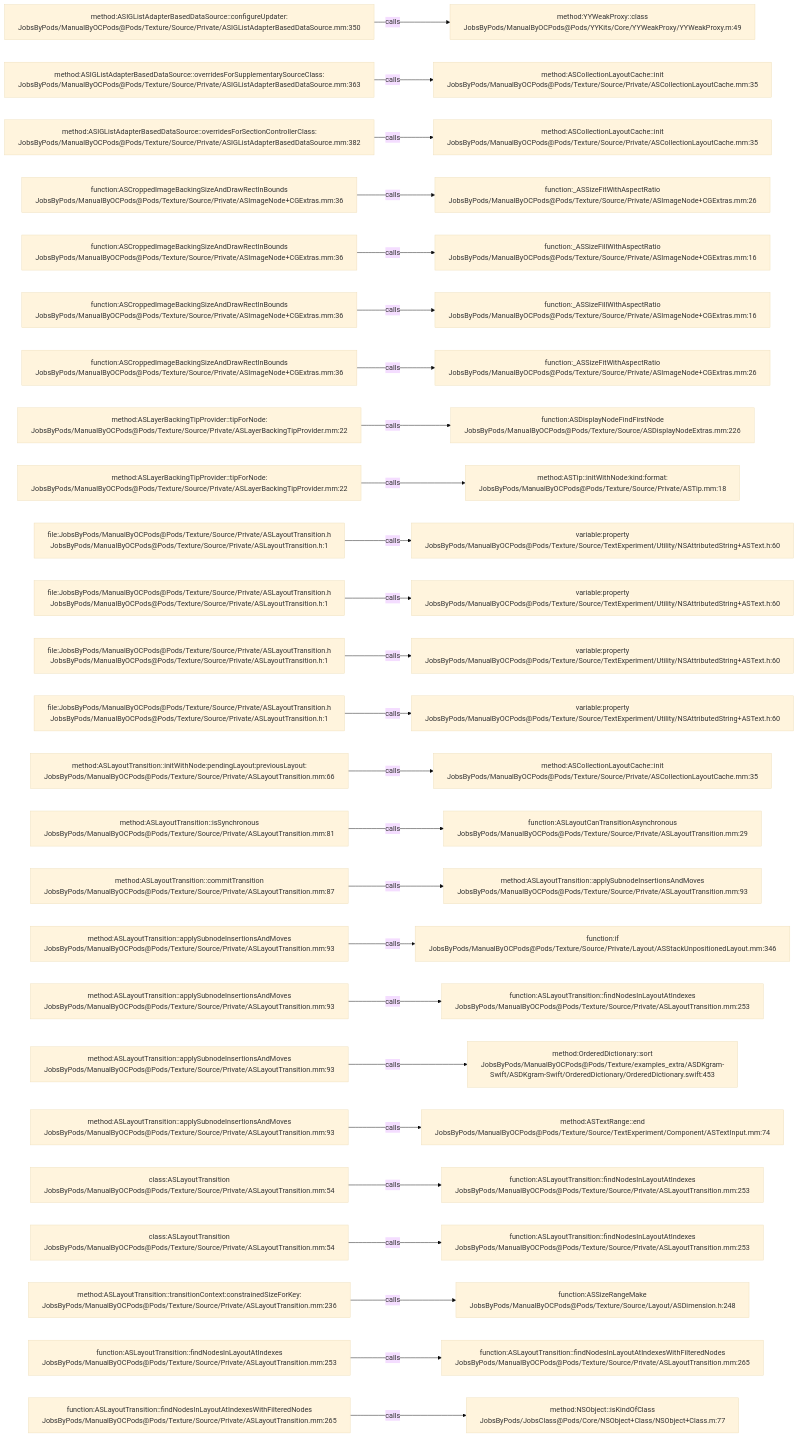
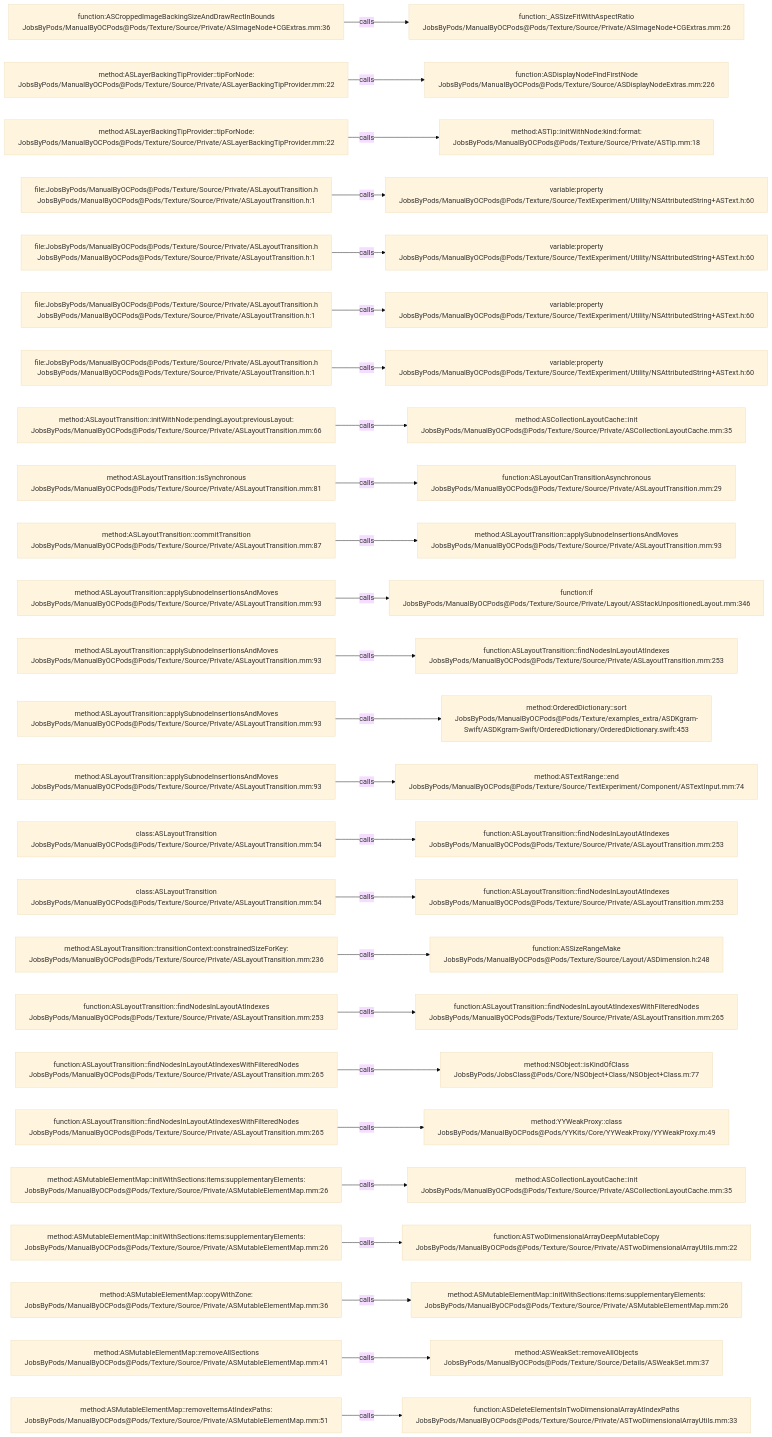
One commit to JobsKits/JobsOCBaseConfigDemo changed the diagram in .codegraph/codegraph.md/graphs/calls-182.md. Above: the diagram before and after it, drawn with Mermaid (base theme). The commit also changed 666 other files, not shown here.

````diff
--- a/.codegraph/codegraph.md/graphs/calls-182.md
+++ b/.codegraph/codegraph.md/graphs/calls-182.md
@@ -13,78 +13,78 @@
 ```mermaid
 flowchart LR
-  S1["method:ASIGListAdapterBasedDataSource::configureUpdater:<br/>JobsByPods/ManualByOCPods@Pods/Texture/Source/Private/ASIGListAdapterBasedDataSource.mm:350"]
-  T1["method:YYWeakProxy::class<br/>JobsByPods/ManualByOCPods@Pods/YYKits/Core/YYWeakProxy/YYWeakProxy.m:49"]
+  S1["function:ASCroppedImageBackingSizeAndDrawRectInBounds<br/>JobsByPods/ManualByOCPods@Pods/Texture/Source/Private/ASImageNode+CGExtras.mm:36"]
+  T1["function:_ASSizeFitWithAspectRatio<br/>JobsByPods/ManualByOCPods@Pods/Texture/Source/Private/ASImageNode+CGExtras.mm:26"]
   S1 -->|calls| T1
-  S2["method:ASIGListAdapterBasedDataSource::overridesForSupplementarySourceClass:<br/>JobsByPods/ManualByOCPods@Pods/Texture/Source/Private/ASIGListAdapterBasedDataSource.mm:363"]
-  T2["method:ASCollectionLayoutCache::init<br/>JobsByPods/ManualByOCPods@Pods/Texture/Source/Private/ASCollectionLayoutCache.mm:35"]
+  S2["method:ASLayerBackingTipProvider::tipForNode:<br/>JobsByPods/ManualByOCPods@Pods/Texture/Source/Private/ASLayerBackingTipProvider.mm:22"]
+  T2["function:ASDisplayNodeFindFirstNode<br/>JobsByPods/ManualByOCPods@Pods/Texture/Source/ASDisplayNodeExtras.mm:226"]
   S2 -->|calls| T2
-  S3["method:ASIGListAdapterBasedDataSource::overridesForSectionControllerClass:<br/>JobsByPods/ManualByOCPods@Pods/Texture/Source/Private/ASIGListAdapterBasedDataSource.mm:382"]
-  T3["method:ASCollectionLayoutCache::init<br/>JobsByPods/ManualByOCPods@Pods/Texture/Source/Private/ASCollectionLayoutCache.mm:35"]
+  S3["method:ASLayerBackingTipProvider::tipForNode:<br/>JobsByPods/ManualByOCPods@Pods/Texture/Source/Private/ASLayerBackingTipProvider.mm:22"]
+  T3["method:ASTip::initWithNode:kind:format:<br/>JobsByPods/ManualByOCPods@Pods/Texture/Source/Private/ASTip.mm:18"]
   S3 -->|calls| T3
-  S4["function:ASCroppedImageBackingSizeAndDrawRectInBounds<br/>JobsByPods/ManualByOCPods@Pods/Texture/Source/Private/ASImageNode+CGExtras.mm:36"]
-  T4["function:_ASSizeFitWithAspectRatio<br/>JobsByPods/ManualByOCPods@Pods/Texture/Source/Private/ASImageNode+CGExtras.mm:26"]
+  S4["file:JobsByPods/ManualByOCPods@Pods/Texture/Source/Private/ASLayoutTransition.h<br/>JobsByPods/ManualByOCPods@Pods/Texture/Source/Private/ASLayoutTransition.h:1"]
+  T4["variable:property<br/>JobsByPods/ManualByOCPods@Pods/Texture/Source/TextExperiment/Utility/NSAttributedString+ASText.h:60"]
   S4 -->|calls| T4
-  S5["function:ASCroppedImageBackingSizeAndDrawRectInBounds<br/>JobsByPods/ManualByOCPods@Pods/Texture/Source/Private/ASImageNode+CGExtras.mm:36"]
-  T5["function:_ASSizeFillWithAspectRatio<br/>JobsByPods/ManualByOCPods@Pods/Texture/Source/Private/ASImageNode+CGExtras.mm:16"]
+  S5["file:JobsByPods/ManualByOCPods@Pods/Texture/Source/Private/ASLayoutTransition.h<br/>JobsByPods/ManualByOCPods@Pods/Texture/Source/Private/ASLayoutTransition.h:1"]
+  T5["variable:property<br/>JobsByPods/ManualByOCPods@Pods/Texture/Source/TextExperiment/Utility/NSAttributedString+ASText.h:60"]
   S5 -->|calls| T5
-  S6["function:ASCroppedImageBackingSizeAndDrawRectInBounds<br/>JobsByPods/ManualByOCPods@Pods/Texture/Source/Private/ASImageNode+CGExtras.mm:36"]
-  T6["function:_ASSizeFillWithAspectRatio<br/>JobsByPods/ManualByOCPods@Pods/Texture/Source/Private/ASImageNode+CGExtras.mm:16"]
+  S6["file:JobsByPods/ManualByOCPods@Pods/Texture/Source/Private/ASLayoutTransition.h<br/>JobsByPods/ManualByOCPods@Pods/Texture/Source/Private/ASLayoutTransition.h:1"]
+  T6["variable:property<br/>JobsByPods/ManualByOCPods@Pods/Texture/Source/TextExperiment/Utility/NSAttributedString+ASText.h:60"]
   S6 -->|calls| T6
-  S7["function:ASCroppedImageBackingSizeAndDrawRectInBounds<br/>JobsByPods/ManualByOCPods@Pods/Texture/Source/Private/ASImageNode+CGExtras.mm:36"]
-  T7["function:_ASSizeFitWithAspectRatio<br/>JobsByPods/ManualByOCPods@Pods/Texture/Source/Private/ASImageNode+CGExtras.mm:26"]
+  S7["file:JobsByPods/ManualByOCPods@Pods/Texture/Source/Private/ASLayoutTransition.h<br/>JobsByPods/ManualByOCPods@Pods/Texture/Source/Private/ASLayoutTransition.h:1"]
+  T7["variable:property<br/>JobsByPods/ManualByOCPods@Pods/Texture/Source/TextExperiment/Utility/NSAttributedString+ASText.h:60"]
   S7 -->|calls| T7
-  S8["method:ASLayerBackingTipProvider::tipForNode:<br/>JobsByPods/ManualByOCPods@Pods/Texture/Source/Private/ASLayerBackingTipProvider.mm:22"]
-  T8["function:ASDisplayNodeFindFirstNode<br/>JobsByPods/ManualByOCPods@Pods/Texture/Source/ASDisplayNodeExtras.mm:226"]
+  S8["method:ASLayoutTransition::initWithNode:pendingLayout:previousLayout:<br/>JobsByPods/ManualByOCPods@Pods/Texture/Source/Private/ASLayoutTransition.mm:66"]
+  T8["method:ASCollectionLayoutCache::init<br/>JobsByPods/ManualByOCPods@Pods/Texture/Source/Private/ASCollectionLayoutCache.mm:35"]
   S8 -->|calls| T8
-  S9["method:ASLayerBackingTipProvider::tipForNode:<br/>JobsByPods/ManualByOCPods@Pods/Texture/Source/Private/ASLayerBackingTipProvider.mm:22"]
-  T9["method:ASTip::initWithNode:kind:format:<br/>JobsByPods/ManualByOCPods@Pods/Texture/Source/Private/ASTip.mm:18"]
+  S9["method:ASLayoutTransition::isSynchronous<br/>JobsByPods/ManualByOCPods@Pods/Texture/Source/Private/ASLayoutTransition.mm:81"]
+  T9["function:ASLayoutCanTransitionAsynchronous<br/>JobsByPods/ManualByOCPods@Pods/Texture/Source/Private/ASLayoutTransition.mm:29"]
   S9 -->|calls| T9
-  S10["file:JobsByPods/ManualByOCPods@Pods/Texture/Source/Private/ASLayoutTransition.h<br/>JobsByPods/ManualByOCPods@Pods/Texture/Source/Private/ASLayoutTransition.h:1"]
-  T10["variable:property<br/>JobsByPods/ManualByOCPods@Pods/Texture/Source/TextExperiment/Utility/NSAttributedString+ASText.h:60"]
+  S10["method:ASLayoutTransition::commitTransition<br/>JobsByPods/ManualByOCPods@Pods/Texture/Source/Private/ASLayoutTransition.mm:87"]
+  T10["method:ASLayoutTransition::applySubnodeInsertionsAndMoves<br/>JobsByPods/ManualByOCPods@Pods/Texture/Source/Private/ASLayoutTransition.mm:93"]
   S10 -->|calls| T10
-  S11["file:JobsByPods/ManualByOCPods@Pods/Texture/Source/Private/ASLayoutTransition.h<br/>JobsByPods/ManualByOCPods@Pods/Texture/Source/Private/ASLayoutTransition.h:1"]
-  T11["variable:property<br/>JobsByPods/ManualByOCPods@Pods/Texture/Source/TextExperiment/Utility/NSAttributedString+ASText.h:60"]
+  S11["method:ASLayoutTransition::applySubnodeInsertionsAndMoves<br/>JobsByPods/ManualByOCPods@Pods/Texture/Source/Private/ASLayoutTransition.mm:93"]
+  T11["function:if<br/>JobsByPods/ManualByOCPods@Pods/Texture/Source/Private/Layout/ASStackUnpositionedLayout.mm:346"]
   S11 -->|calls| T11
-  S12["file:JobsByPods/ManualByOCPods@Pods/Texture/Source/Private/ASLayoutTransition.h<br/>JobsByPods/ManualByOCPods@Pods/Texture/Source/Private/ASLayoutTransition.h:1"]
-  T12["variable:property<br/>JobsByPods/ManualByOCPods@Pods/Texture/Source/TextExperiment/Utility/NSAttributedString+ASText.h:60"]
+  S12["method:ASLayoutTransition::applySubnodeInsertionsAndMoves<br/>JobsByPods/ManualByOCPods@Pods/Texture/Source/Private/ASLayoutTransition.mm:93"]
+  T12["function:ASLayoutTransition::findNodesInLayoutAtIndexes<br/>JobsByPods/ManualByOCPods@Pods/Texture/Source/Private/ASLayoutTransition.mm:253"]
   S12 -->|calls| T12
-  S13["file:JobsByPods/ManualByOCPods@Pods/Texture/Source/Private/ASLayoutTransition.h<br/>JobsByPods/ManualByOCPods@Pods/Texture/Source/Private/ASLayoutTransition.h:1"]
-  T13["variable:property<br/>JobsByPods/ManualByOCPods@Pods/Texture/Source/TextExperiment/Utility/NSAttributedString+ASText.h:60"]
+  S13["method:ASLayoutTransition::applySubnodeInsertionsAndMoves<br/>JobsByPods/ManualByOCPods@Pods/Texture/Source/Private/ASLayoutTransition.mm:93"]
+  T13["method:OrderedDictionary::sort<br/>JobsByPods/ManualByOCPods@Pods/Texture/examples_extra/ASDKgram-Swift/ASDKgram-Swift/OrderedDictionary/OrderedDictionary.swift:453"]
   S13 -->|calls| T13
-  S14["method:ASLayoutTransition::initWithNode:pendingLayout:previousLayout:<br/>JobsByPods/ManualByOCPods@Pods/Texture/Source/Private/ASLayoutTransition.mm:66"]
-  T14["method:ASCollectionLayoutCache::init<br/>JobsByPods/ManualByOCPods@Pods/Texture/Source/Private/ASCollectionLayoutCache.mm:35"]
+  S14["method:ASLayoutTransition::applySubnodeInsertionsAndMoves<br/>JobsByPods/ManualByOCPods@Pods/Texture/Source/Private/ASLayoutTransition.mm:93"]
+  T14["method:ASTextRange::end<br/>JobsByPods/ManualByOCPods@Pods/Texture/Source/TextExperiment/Component/ASTextInput.mm:74"]
   S14 -->|calls| T14
-  S15["method:ASLayoutTransition::isSynchronous<br/>JobsByPods/ManualByOCPods@Pods/Texture/Source/Private/ASLayoutTransition.mm:81"]
-  T15["function:ASLayoutCanTransitionAsynchronous<br/>JobsByPods/ManualByOCPods@Pods/Texture/Source/Private/ASLayoutTransition.mm:29"]
+  S15["class:ASLayoutTransition<br/>JobsByPods/ManualByOCPods@Pods/Texture/Source/Private/ASLayoutTransition.mm:54"]
+  T15["function:ASLayoutTransition::findNodesInLayoutAtIndexes<br/>JobsByPods/ManualByOCPods@Pods/Texture/Source/Private/ASLayoutTransition.mm:253"]
   S15 -->|calls| T15
-  S16["method:ASLayoutTransition::commitTransition<br/>JobsByPods/ManualByOCPods@Pods/Texture/Source/Private/ASLayoutTransition.mm:87"]
-  T16["method:ASLayoutTransition::applySubnodeInsertionsAndMoves<br/>JobsByPods/ManualByOCPods@Pods/Texture/Source/Private/ASLayoutTransition.mm:93"]
+  S16["class:ASLayoutTransition<br/>JobsByPods/ManualByOCPods@Pods/Texture/Source/Private/ASLayoutTransition.mm:54"]
+  T16["function:ASLayoutTransition::findNodesInLayoutAtIndexes<br/>JobsByPods/ManualByOCPods@Pods/Texture/Source/Private/ASLayoutTransition.mm:253"]
   S16 -->|calls| T16
-  S17["method:ASLayoutTransition::applySubnodeInsertionsAndMoves<br/>JobsByPods/ManualByOCPods@Pods/Texture/Source/Private/ASLayoutTransition.mm:93"]
-  T17["function:if<br/>JobsByPods/ManualByOCPods@Pods/Texture/Source/Private/Layout/ASStackUnpositionedLayout.mm:346"]
+  S17["method:ASLayoutTransition::transitionContext:constrainedSizeForKey:<br/>JobsByPods/ManualByOCPods@Pods/Texture/Source/Private/ASLayoutTransition.mm:236"]
+  T17["function:ASSizeRangeMake<br/>JobsByPods/ManualByOCPods@Pods/Texture/Source/Layout/ASDimension.h:248"]
   S17 -->|calls| T17
-  S18["method:ASLayoutTransition::applySubnodeInsertionsAndMoves<br/>JobsByPods/ManualByOCPods@Pods/Texture/Source/Private/ASLayoutTransition.mm:93"]
-  T18["function:ASLayoutTransition::findNodesInLayoutAtIndexes<br/>JobsByPods/ManualByOCPods@Pods/Texture/Source/Private/ASLayoutTransition.mm:253"]
+  S18["function:ASLayoutTransition::findNodesInLayoutAtIndexes<br/>JobsByPods/ManualByOCPods@Pods/Texture/Source/Private/ASLayoutTransition.mm:253"]
+  T18["function:ASLayoutTransition::findNodesInLayoutAtIndexesWithFilteredNodes<br/>JobsByPods/ManualByOCPods@Pods/Texture/Source/Private/ASLayoutTransition.mm:265"]
   S18 -->|calls| T18
-  S19["method:ASLayoutTransition::applySubnodeInsertionsAndMoves<br/>JobsByPods/ManualByOCPods@Pods/Texture/Source/Private/ASLayoutTransition.mm:93"]
-  T19["method:OrderedDictionary::sort<br/>JobsByPods/ManualByOCPods@Pods/Texture/examples_extra/ASDKgram-Swift/ASDKgram-Swift/OrderedDictionary/OrderedDictionary.swift:453"]
+  S19["function:ASLayoutTransition::findNodesInLayoutAtIndexesWithFilteredNodes<br/>JobsByPods/ManualByOCPods@Pods/Texture/Source/Private/ASLayoutTransition.mm:265"]
+  T19["method:NSObject::isKindOfClass<br/>JobsByPods/JobsClass@Pods/Core/NSObject+Class/NSObject+Class.m:77"]
   S19 -->|calls| T19
-  S20["method:ASLayoutTransition::applySubnodeInsertionsAndMoves<br/>JobsByPods/ManualByOCPods@Pods/Texture/Source/Private/ASLayoutTransition.mm:93"]
-  T20["method:ASTextRange::end<br/>JobsByPods/ManualByOCPods@Pods/Texture/Source/TextExperiment/Component/ASTextInput.mm:74"]
+  S20["function:ASLayoutTransition::findNodesInLayoutAtIndexesWithFilteredNodes<br/>JobsByPods/ManualByOCPods@Pods/Texture/Source/Private/ASLayoutTransition.mm:265"]
+  T20["method:YYWeakProxy::class<br/>JobsByPods/ManualByOCPods@Pods/YYKits/Core/YYWeakProxy/YYWeakProxy.m:49"]
   S20 -->|calls| T20
-  S21["class:ASLayoutTransition<br/>JobsByPods/ManualByOCPods@Pods/Texture/Source/Private/ASLayoutTransition.mm:54"]
-  T21["function:ASLayoutTransition::findNodesInLayoutAtIndexes<br/>JobsByPods/ManualByOCPods@Pods/Texture/Source/Private/ASLayoutTransition.mm:253"]
+  S21["method:ASMutableElementMap::initWithSections:items:supplementaryElements:<br/>JobsByPods/ManualByOCPods@Pods/Texture/Source/Private/ASMutableElementMap.mm:26"]
+  T21["method:ASCollectionLayoutCache::init<br/>JobsByPods/ManualByOCPods@Pods/Texture/Source/Private/ASCollectionLayoutCache.mm:35"]
   S21 -->|calls| T21
-  S22["class:ASLayoutTransition<br/>JobsByPods/ManualByOCPods@Pods/Texture/Source/Private/ASLayoutTransition.mm:54"]
-  T22["function:ASLayoutTransition::findNodesInLayoutAtIndexes<br/>JobsByPods/ManualByOCPods@Pods/Texture/Source/Private/ASLayoutTransition.mm:253"]
+  S22["method:ASMutableElementMap::initWithSections:items:supplementaryElements:<br/>JobsByPods/ManualByOCPods@Pods/Texture/Source/Private/ASMutableElementMap.mm:26"]
+  T22["function:ASTwoDimensionalArrayDeepMutableCopy<br/>JobsByPods/ManualByOCPods@Pods/Texture/Source/Private/ASTwoDimensionalArrayUtils.mm:22"]
   S22 -->|calls| T22
-  S23["method:ASLayoutTransition::transitionContext:constrainedSizeForKey:<br/>JobsByPods/ManualByOCPods@Pods/Texture/Source/Private/ASLayoutTransition.mm:236"]
-  T23["function:ASSizeRangeMake<br/>JobsByPods/ManualByOCPods@Pods/Texture/Source/Layout/ASDimension.h:248"]
+  S23["method:ASMutableElementMap::copyWithZone:<br/>JobsByPods/ManualByOCPods@Pods/Texture/Source/Private/ASMutableElementMap.mm:36"]
+  T23["method:ASMutableElementMap::initWithSections:items:supplementaryElements:<br/>JobsByPods/ManualByOCPods@Pods/Texture/Source/Private/ASMutableElementMap.mm:26"]
   S23 -->|calls| T23
-  S24["function:ASLayoutTransition::findNodesInLayoutAtIndexes<br/>JobsByPods/ManualByOCPods@Pods/Texture/Source/Private/ASLayoutTransition.mm:253"]
-  T24["function:ASLayoutTransition::findNodesInLayoutAtIndexesWithFilteredNodes<br/>JobsByPods/ManualByOCPods@Pods/Texture/Source/Private/ASLayoutTransition.mm:265"]
+  S24["method:ASMutableElementMap::removeAllSections<br/>JobsByPods/ManualByOCPods@Pods/Texture/Source/Private/ASMutableElementMap.mm:41"]
+  T24["method:ASWeakSet::removeAllObjects<br/>JobsByPods/ManualByOCPods@Pods/Texture/Source/Details/ASWeakSet.mm:37"]
   S24 -->|calls| T24
-  S25["function:ASLayoutTransition::findNodesInLayoutAtIndexesWithFilteredNodes<br/>JobsByPods/ManualByOCPods@Pods/Texture/Source/Private/ASLayoutTransition.mm:265"]
-  T25["method:NSObject::isKindOfClass<br/>JobsByPods/JobsClass@Pods/Core/NSObject+Class/NSObject+Class.m:77"]
+  S25["method:ASMutableElementMap::removeItemsAtIndexPaths:<br/>JobsByPods/ManualByOCPods@Pods/Texture/Source/Private/ASMutableElementMap.mm:51"]
+  T25["function:ASDeleteElementsInTwoDimensionalArrayAtIndexPaths<br/>JobsByPods/ManualByOCPods@Pods/Texture/Source/Private/ASTwoDimensionalArrayUtils.mm:33"]
   S25 -->|calls| T25
 ```
````
